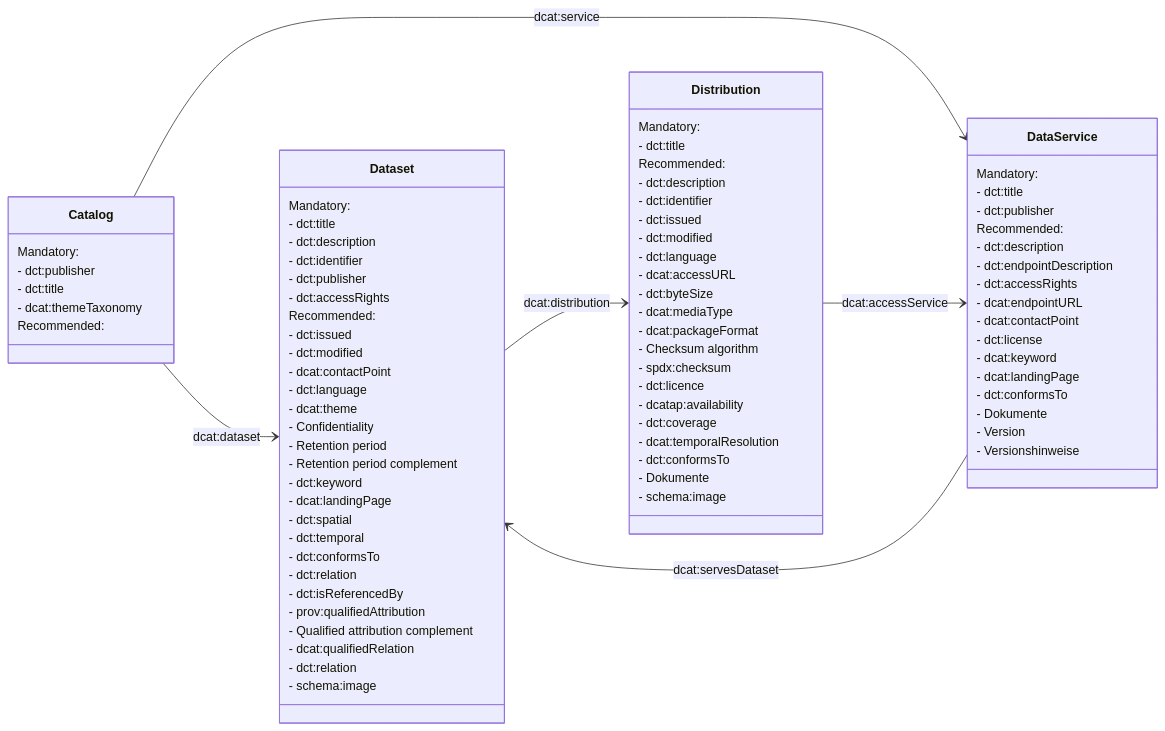
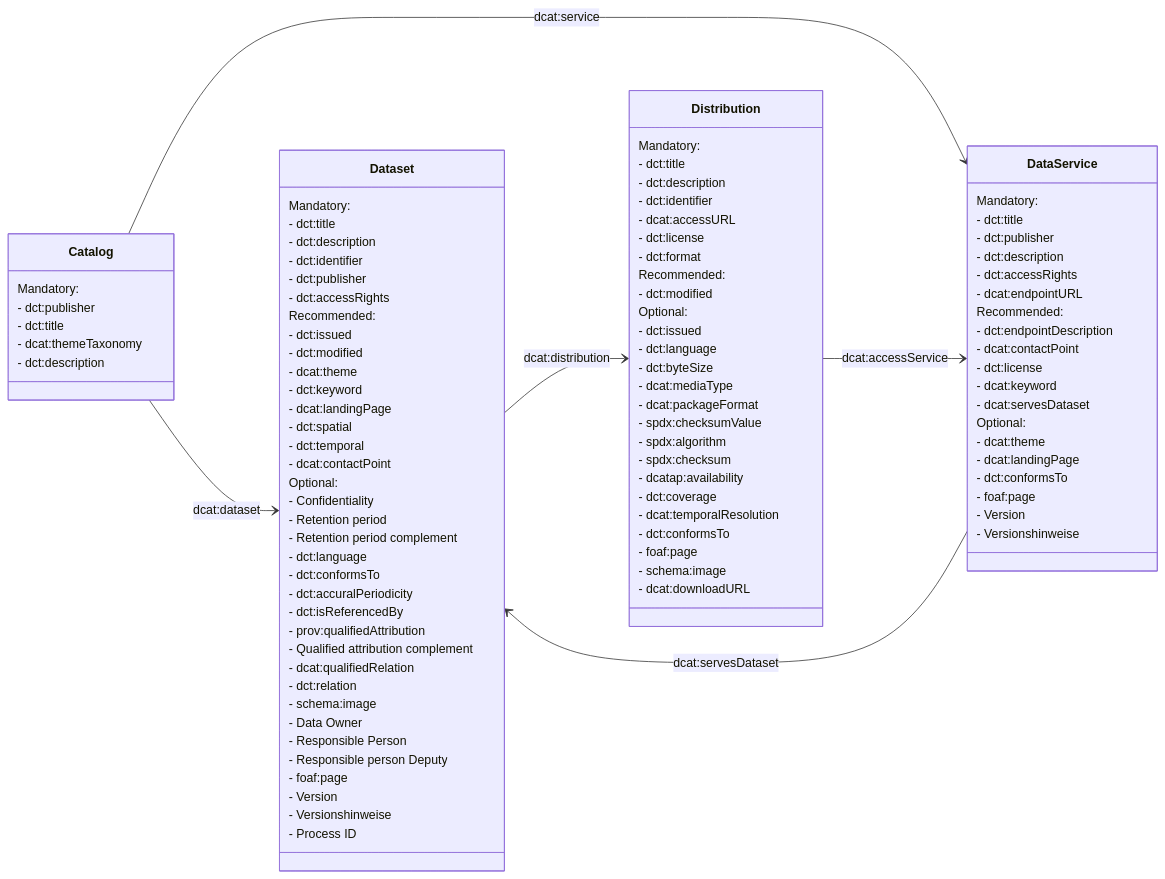
The fifth of 5 diagrams in content/de/2_rollen_prozesse/3_informationsmodell.md (I14Y-ch/handbook), drawn with Mermaid before and after one commit. The commit also changed 1 other file, not shown here.

Commit message:
Updated documentation and class diagram

````diff
--- a/content/de/2_rollen_prozesse/3_informationsmodell.md
+++ b/content/de/2_rollen_prozesse/3_informationsmodell.md
@@ -288,23 +288,26 @@
         - dct:publisher
         - dct:title
         - dcat:themeTaxonomy
-        Recommended:
+        - dct:description
         }
         class DataService {
         Mandatory:
         - dct:title
-        - dct:publisher
-        Recommended:
+        - dct:publisher  
         - dct:description
-        - dct:endpointDescription
         - dct:accessRights
         - dcat:endpointURL
+        Recommended:
+        - dct:endpointDescription
         - dcat:contactPoint
         - dct:license
         - dcat:keyword
+        - dcat:servesDataset
+        Optional:
+        - dcat:theme 
         - dcat:landingPage
         - dct:conformsTo
-        - Dokumente
+        - foaf:page
         - Version
         - Versionshinweise
         }
@@ -318,46 +321,58 @@
         Recommended:
         - dct:issued
         - dct:modified
-        - dcat:contactPoint
-        - dct:language
         - dcat:theme
-        - Confidentiality
-        - Retention period
-        - Retention period complement
         - dct:keyword
         - dcat:landingPage
         - dct:spatial
         - dct:temporal
+        - dcat:contactPoint
+        Optional:
+        - Confidentiality
+        - Retention period
+        - Retention period complement
+        - dct:language
         - dct:conformsTo
-        - dct:relation
+        - dct:accuralPeriodicity 
         - dct:isReferencedBy
         - prov:qualifiedAttribution
         - Qualified attribution complement
         - dcat:qualifiedRelation
         - dct:relation
         - schema:image
+        - Data Owner
+        - Responsible Person
+        - Responsible person Deputy
+        - foaf:page
+        - Version
+        - Versionshinweise
+        - Process ID
         }
         class Distribution {
         Mandatory:
         - dct:title
-        Recommended:
         - dct:description
         - dct:identifier
+        - dcat:accessURL  
+        - dct:license
+        - dct:format
+        Recommended:
+        - dct:modified
+        Optional: 
         - dct:issued
-        - dct:modified
         - dct:language
-        - dcat:accessURL
         - dct:byteSize
         - dcat:mediaType
         - dcat:packageFormat
-        - Checksum algorithm
+        - spdx:checksumValue
+        - spdx:algorithm
         - spdx:checksum
-        - dct:licence
         - dcatap:availability
         - dct:coverage
         - dcat:temporalResolution
         - dct:conformsTo
-        - Dokumente
+        - foaf:page
         - schema:image
+        - dcat:downloadURL
         }
 ```
````
